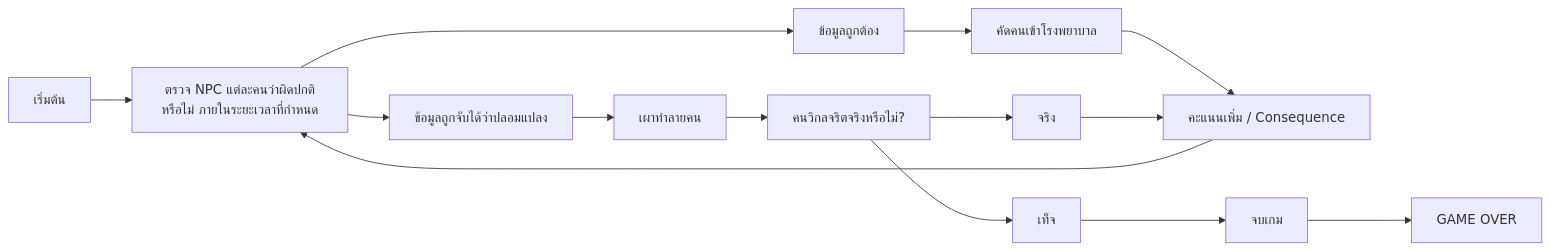
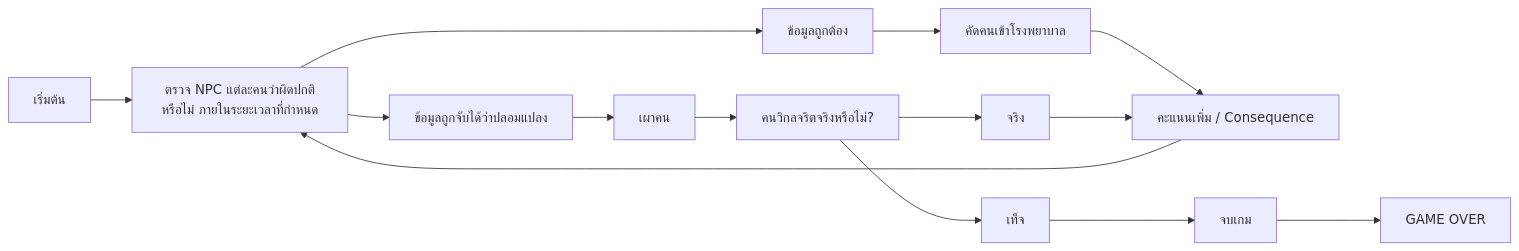
One commit to EVE2486/DG225_-PROJECT-derni-re--GAME changed the diagram in docs/gdd/01-core-loop.md. Above: the diagram before and after it, drawn with Mermaid. The commit also changed other lines of this file, not shown here.

Commit message:
Refine core loop mechanics and update terminology in gameplay documentation

````diff
--- a/docs/gdd/01-core-loop.md
+++ b/docs/gdd/01-core-loop.md
@@ -10,16 +10,16 @@
 ```mermaid
 flowchart LR
     A[เริ่มต้น] --> B[ตรวจ NPC แต่ละคนว่าผิดปกติหรือไม่ ภายในระยะเวลาที่กำหนด]
     B --> C[ข้อมูลถูกต้อง]
     C --> D[คัดคนเข้าโรงพยาบาล]
     D --> F
     B --> G[ข้อมูลถูกจับได้ว่าปลอมแปลง]
-    G --> E[เผาทำลายคน]
+    G --> E[เผาคน]
     E --> H[คนวิกลจริตจริงหรือไม่?]
     H --> I[จริง]
     I --> F
     H --> J[เท็จ]
     J --> K[จบเกม]
     K --> L[GAME OVER]
     F[คะแนนเพิ่ม / Consequence] --> B
 ```
````
